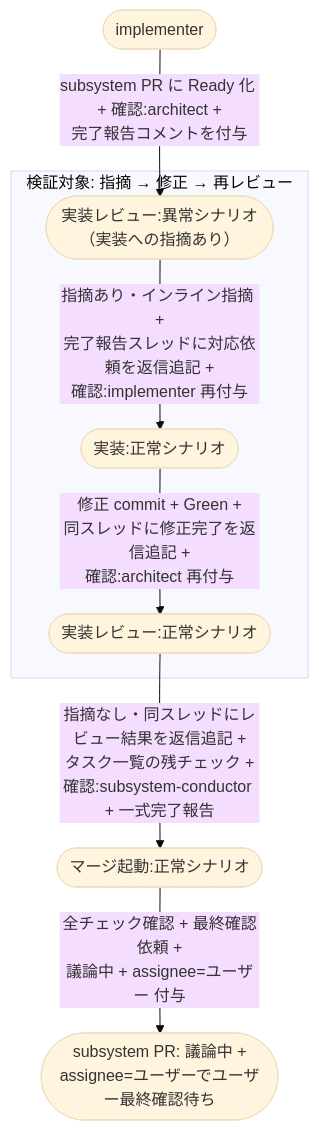
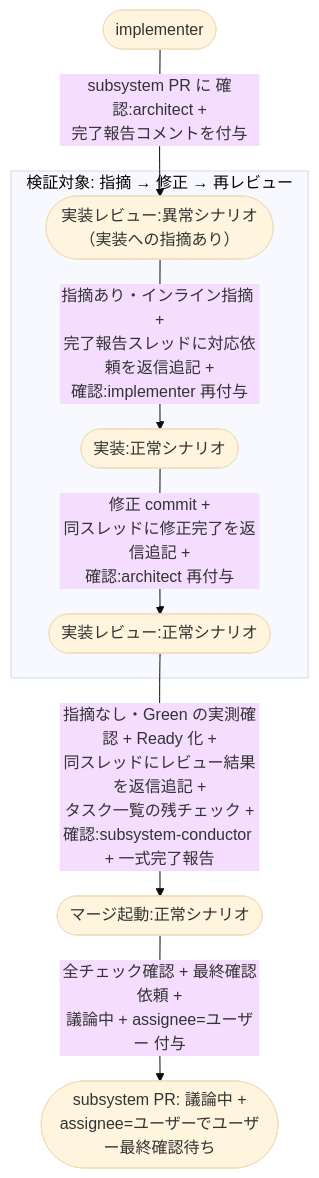
One commit to shuhei1101/ai-monitor changed the second of 2 diagrams in docs/wiki/設計図/シナリオ/複合ユースケース/レビュー指摘からの修正.md. Above: the diagram before and after it, drawn with Mermaid (base theme). The commit also changed other lines of this file and 304 other files, not shown here.

````diff
--- a/docs/wiki/設計図/シナリオ/複合ユースケース/レビュー指摘からの修正.md
+++ b/docs/wiki/設計図/シナリオ/複合ユースケース/レビュー指摘からの修正.md
@@ -65,17 +65,17 @@
 ```mermaid
 flowchart TD
-  A0([implementer]) -->|subsystem PR に Ready 化 + 確認:architect +<br>完了報告コメントを付与| UC1
+  A0([implementer]) -->|subsystem PR に 確認:architect +<br>完了報告コメントを付与| UC1
 
   subgraph FOCUS["検証対象: 指摘 → 修正 → 再レビュー"]
     UC1([実装レビュー:異常シナリオ<br>（実装への指摘あり）]) -->|指摘あり・インライン指摘 +<br>完了報告スレッドに対応依頼を返信追記 +<br>確認:implementer 再付与| UC2([実装:正常シナリオ])
-    UC2 -->|修正 commit + Green +<br>同スレッドに修正完了を返信追記 +<br>確認:architect 再付与| UC3([実装レビュー:正常シナリオ])
+    UC2 -->|修正 commit +<br>同スレッドに修正完了を返信追記 +<br>確認:architect 再付与| UC3([実装レビュー:正常シナリオ])
   end
 
-  UC3 -->|指摘なし・同スレッドにレビュー結果を返信追記 +<br>タスク一覧の残チェック +<br>確認:subsystem-conductor + 一式完了報告| UC4([マージ起動:正常シナリオ])
+  UC3 -->|指摘なし・Green の実測確認 + Ready 化 +<br>同スレッドにレビュー結果を返信追記 +<br>タスク一覧の残チェック +<br>確認:subsystem-conductor + 一式完了報告| UC4([マージ起動:正常シナリオ])
   UC4 -->|全チェック確認 + 最終確認依頼 +<br>議論中 + assignee=ユーザー 付与| DONE([subsystem PR: 議論中 +<br>assignee=ユーザーでユーザー最終確認待ち])
 
   click UC1 "../単一ユースケース/実装レビュー.md#異常シナリオ実装への指摘あり"
   click UC2 "../単一ユースケース/実装.md#正常シナリオ"
   click UC3 "../単一ユースケース/実装レビュー.md#正常シナリオ"
   click UC4 "../単一ユースケース/マージ起動.md#正常シナリオ"
 ```
````
